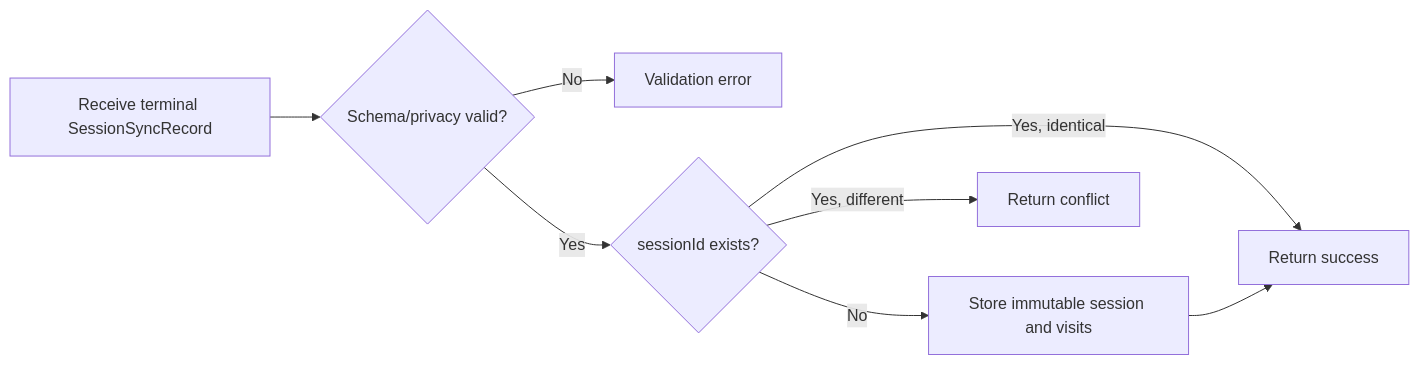
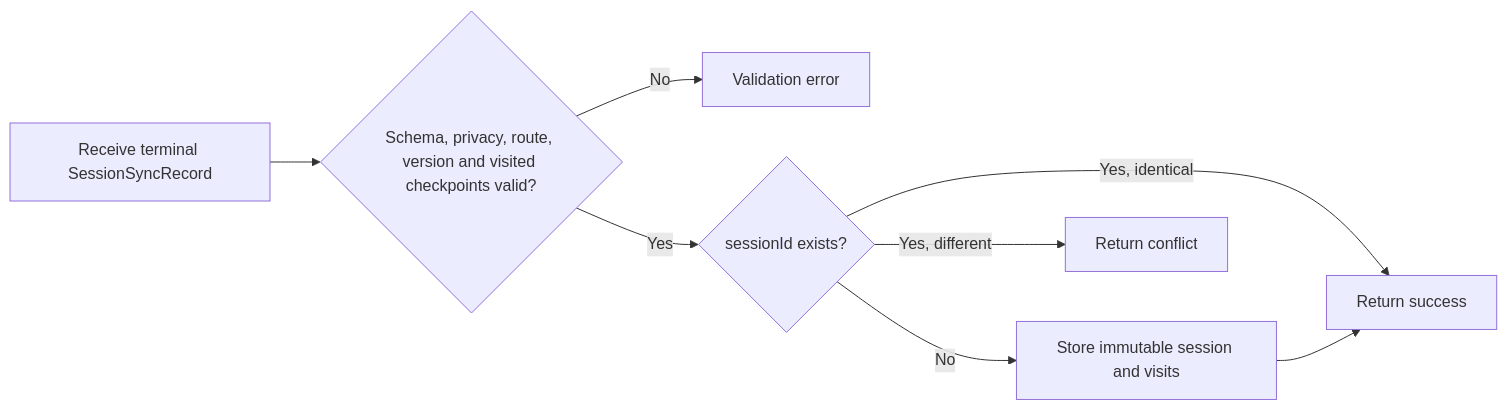
One commit to MckhueVanPhuc/Refactor-Cuc-Phuong changed the fourth of 9 diagrams in docs/architecture/usage-flow.md. Above: the diagram before and after it, drawn with Mermaid. The commit also changed other lines of this file and 6 other files, not shown here.

First line of the commit message:
docs: rebaseline architecture documents for V2

````diff
--- a/docs/architecture/usage-flow.md
+++ b/docs/architecture/usage-flow.md
@@ -85,10 +109,10 @@
 ```mermaid
 flowchart LR
-    A[Receive terminal SessionSyncRecord] --> B{Schema/privacy valid?}
+    A[Receive terminal SessionSyncRecord] --> B{Schema, privacy, route, version and visited checkpoints valid?}
     B -->|No| C[Validation error]
     B -->|Yes| D{sessionId exists?}
     D -->|No| E[Store immutable session and visits]
     D -->|Yes, identical| F[Return success]
     D -->|Yes, different| G[Return conflict]
     E --> F
 ```
````
